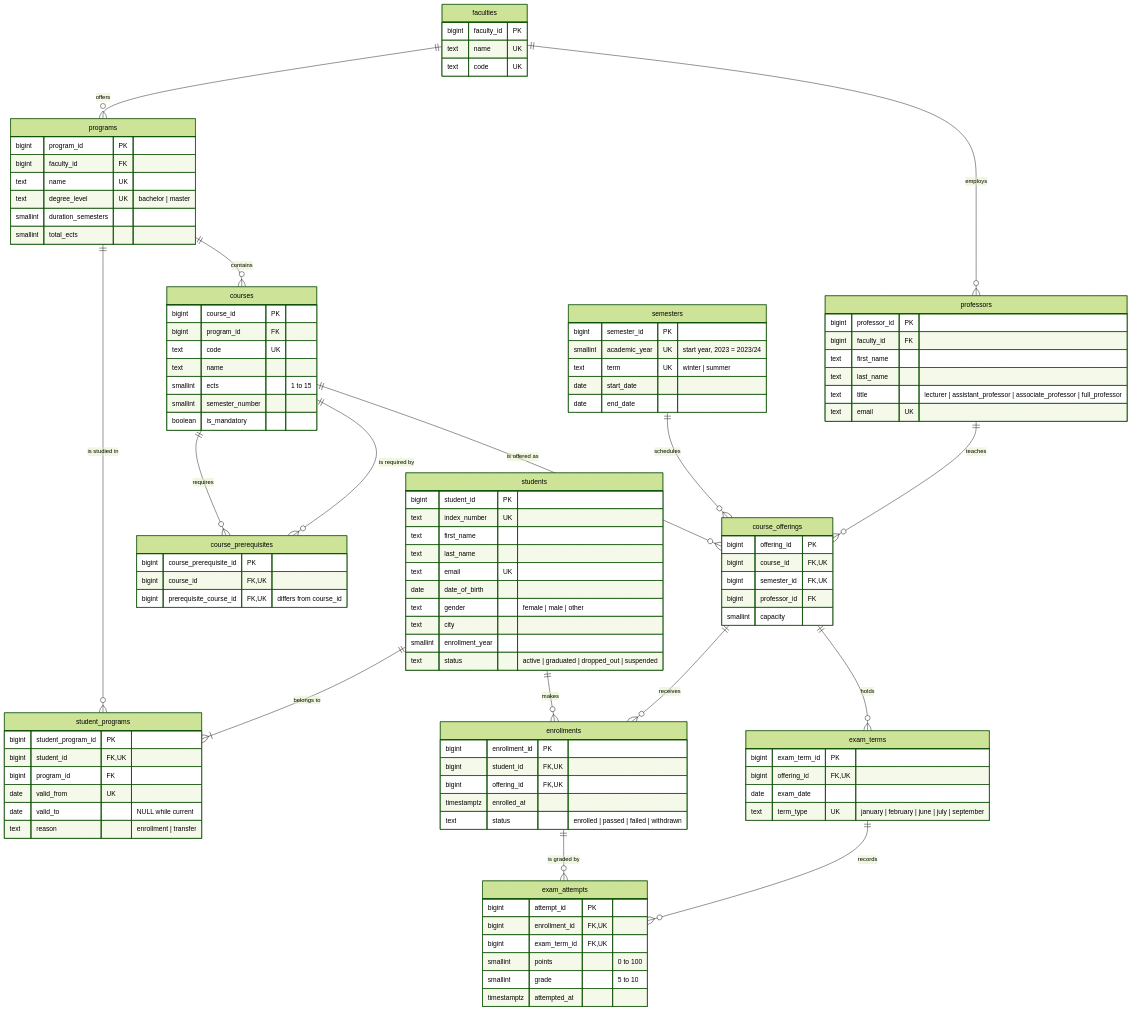
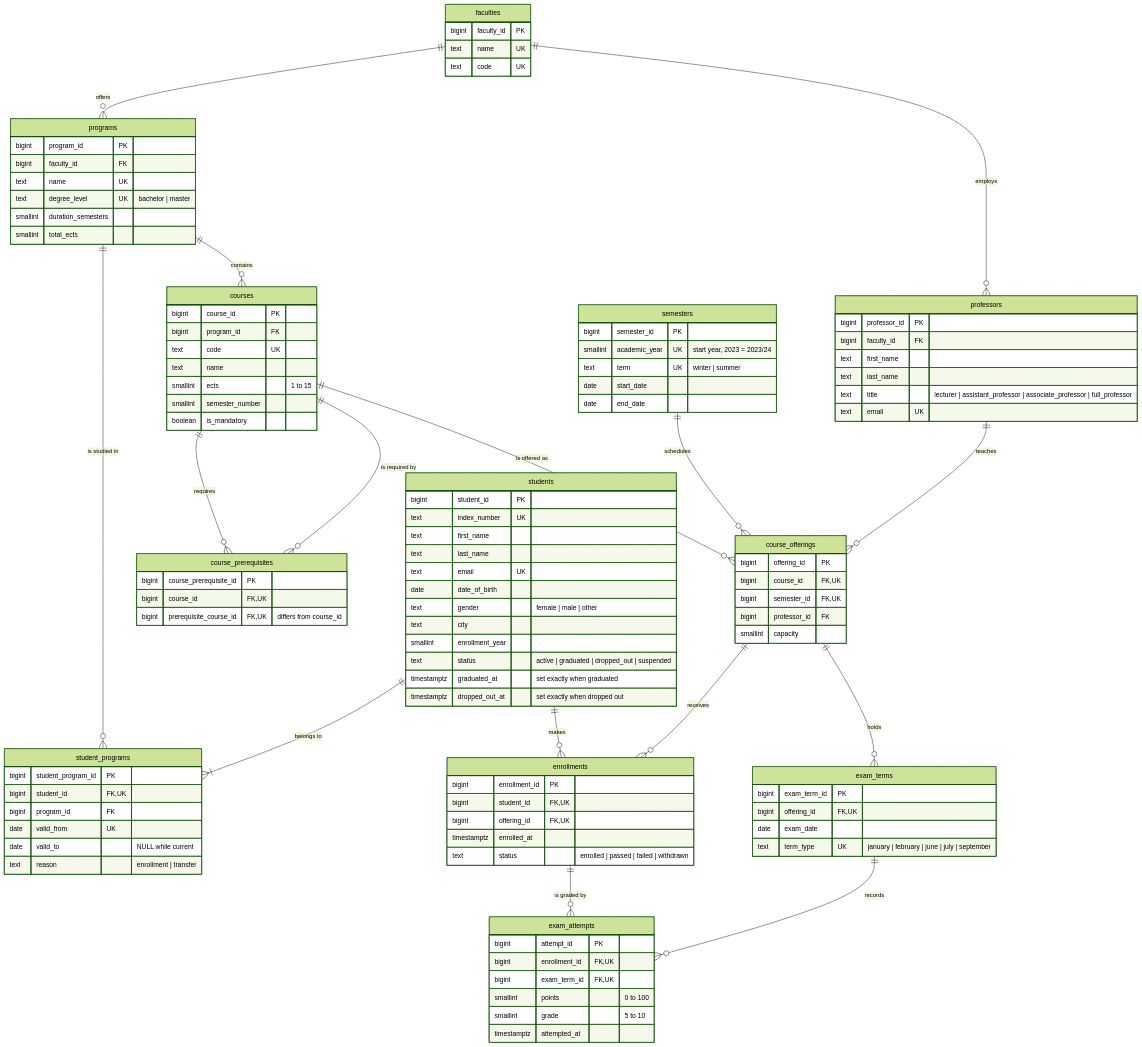
Before and after one commit to Vecoza/academic-data-platform: the diagram in docs/erd_oltp.md, drawn with Mermaid (forest theme). The commit also changed other lines of this file and 9 other files, not shown here.

Commit message:
Update design notes and add an architecture overview

```diff
--- a/docs/erd_oltp.md
+++ b/docs/erd_oltp.md
@@ -48,6 +50,8 @@
         text city
         smallint enrollment_year
         text status "active | graduated | dropped_out | suspended"
+        timestamptz graduated_at "set exactly when graduated"
+        timestamptz dropped_out_at "set exactly when dropped out"
     }
 
     student_programs {
```
